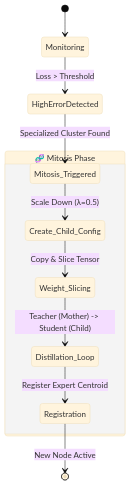
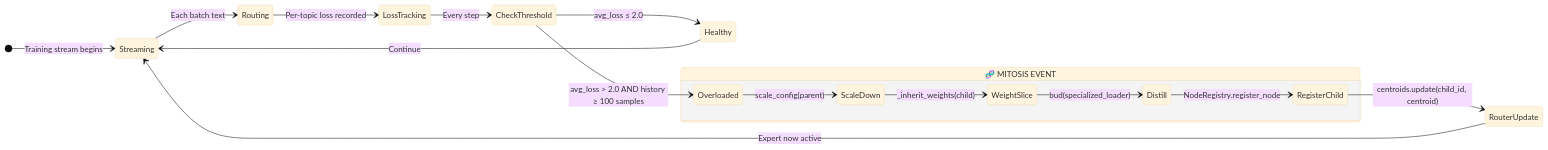
Before and after one commit to AshwinRenjith/karam.v1: the seventh of 9 diagrams in README.md, drawn with Mermaid (base theme). The commit also changed other lines of this file, not shown here.

Commit message:
docs: rewrite README with full architecture visuals, training pipeline, query journey, and math

````diff
--- a/README.md
+++ b/README.md
@@ -98,15 +461,25 @@
 ```mermaid
 stateDiagram-v2
-    [*] --> Monitoring
-    Monitoring --> HighErrorDetected : Loss > Threshold
-    HighErrorDetected --> Mitosis_Triggered : Specialized Cluster Found
-    
-    state "🧬 Mitosis Phase" as Mitosis {
-        Mitosis_Triggered --> Create_Child_Config : Scale Down (λ=0.5)
-        Create_Child_Config --> Weight_Slicing : Copy & Slice Tensor
-        Weight_Slicing --> Distillation_Loop : Teacher (Mother) -> Student (Child)
-        Distillation_Loop --> Registration : Register Expert Centroid
+    direction LR
+    [*] --> Streaming : Training stream begins
+
+    Streaming --> Routing : Each batch text
+    Routing --> LossTracking : Per-topic loss recorded
+
+    LossTracking --> CheckThreshold : Every step
+
+    CheckThreshold --> Healthy : avg_loss ≤ 2.0
+    CheckThreshold --> Overloaded : avg_loss > 2.0 AND history ≥ 100 samples
+
+    Healthy --> Streaming : Continue
+
+    state "🧬 MITOSIS EVENT" as MIT {
+        Overloaded --> ScaleDown : scale_config(parent)
+        ScaleDown --> WeightSlice : _inherit_weights(child)
+        WeightSlice --> Distill : bud(specialized_loader)
+        Distill --> RegisterChild : NodeRegistry.register_node
     }
-    
-    Registration --> [*] : New Node Active
+
+    RegisterChild --> RouterUpdate : centroids.update(child_id, centroid)
+    RouterUpdate --> Streaming : Expert now active
 ```
````
